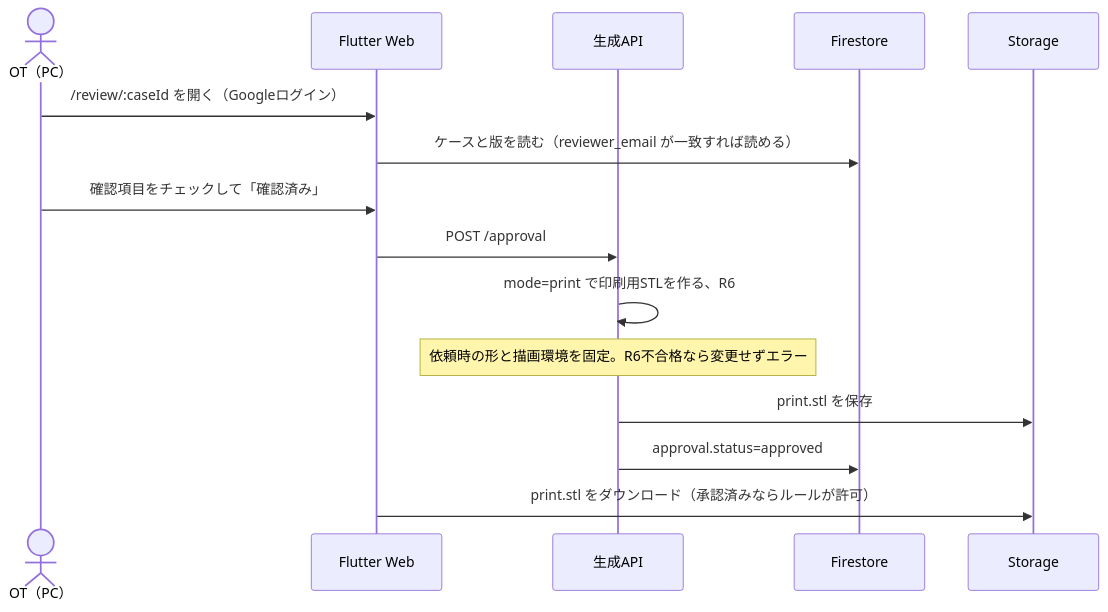
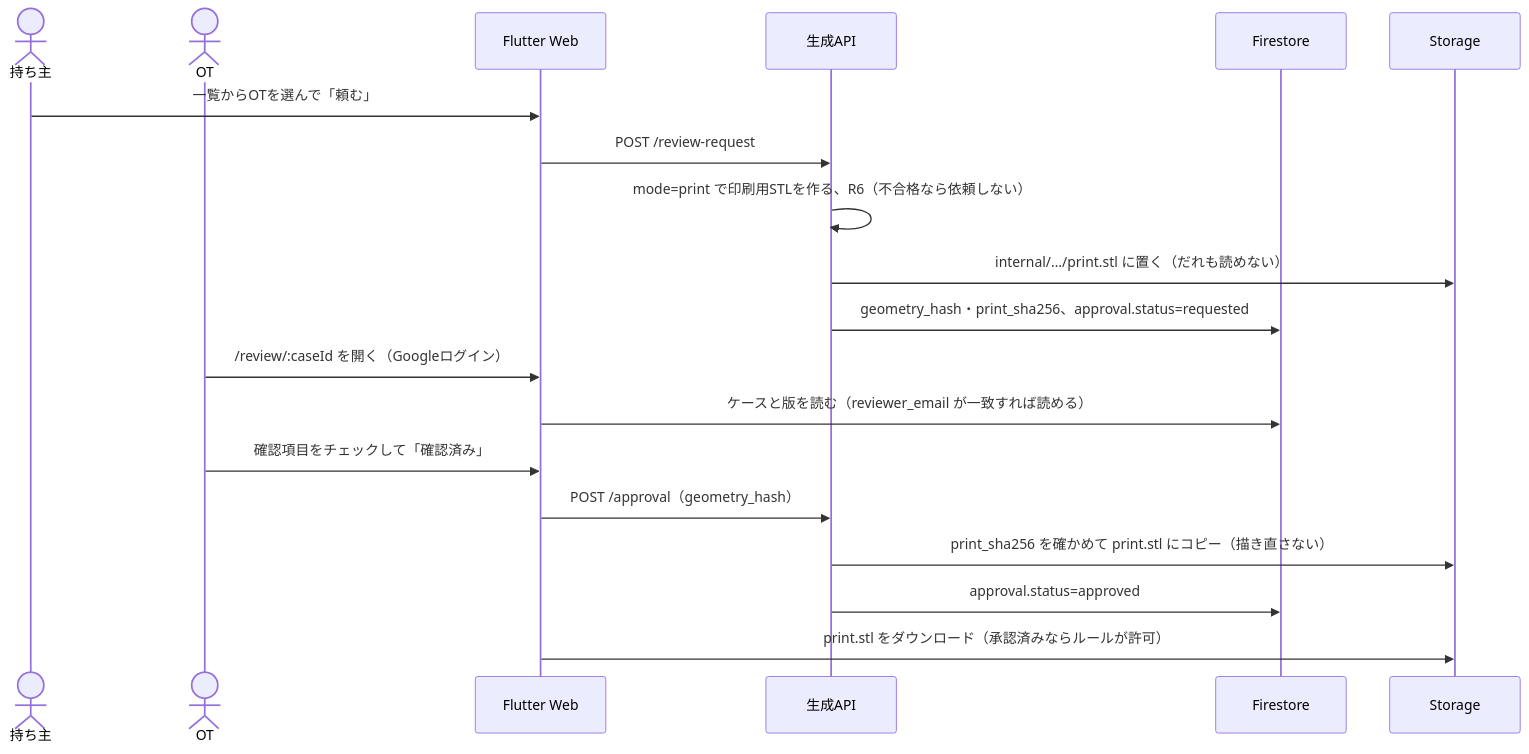
The fourth of 4 diagrams in docs/architecture.md (Devfest-Hackathon-2026/df-2026-t101), drawn with Mermaid before and after one commit. The commit also changed other lines of this file and 16 other files, not shown here.

````diff
--- a/docs/architecture.md
+++ b/docs/architecture.md
@@ -135,17 +141,21 @@
 ```mermaid
 sequenceDiagram
-  actor OT as OT（PC）
+  actor U as 持ち主
+  actor OT as OT
   participant App as Flutter Web
   participant API as 生成API
   participant FS as Firestore
   participant ST as Storage
+  U->>App: 一覧からOTを選んで「頼む」
+  App->>API: POST /review-request
+  API->>API: mode=print で印刷用STLを作る、R6（不合格なら依頼しない）
+  API->>ST: internal/…/print.stl に置く（だれも読めない）
+  API->>FS: geometry_hash・print_sha256、approval.status=requested
   OT->>App: /review/:caseId を開く（Googleログイン）
   App->>FS: ケースと版を読む（reviewer_email が一致すれば読める）
   OT->>App: 確認項目をチェックして「確認済み」
-  App->>API: POST /approval
-  API->>API: mode=print で印刷用STLを作る、R6
-  Note over API: 依頼時の形と描画環境を固定。R6不合格なら変更せずエラー
-  API->>ST: print.stl を保存
+  App->>API: POST /approval（geometry_hash）
+  API->>ST: print_sha256 を確かめて print.stl にコピー（描き直さない）
   API->>FS: approval.status=approved
   App->>ST: print.stl をダウンロード（承認済みならルールが許可）
 ```
````
